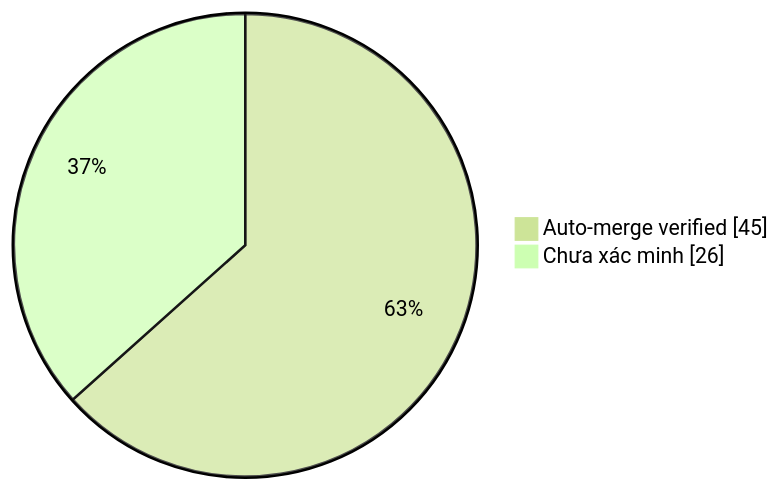
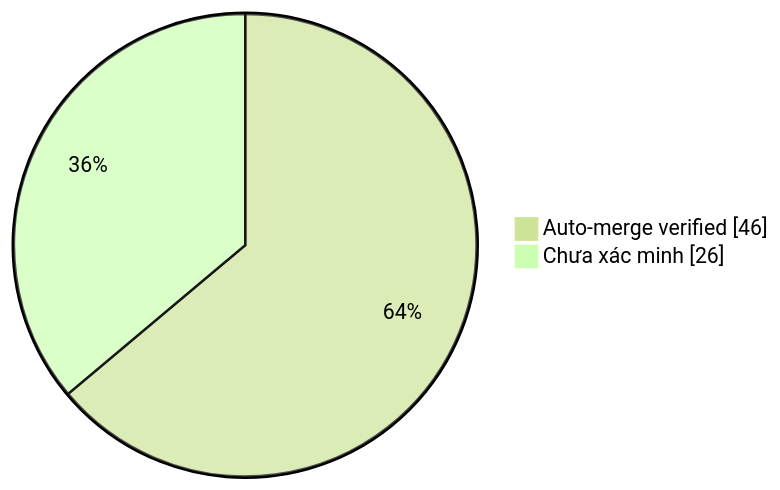
Before and after one commit to duykhang68/tetdinhmuiblog: the diagram in collector.md, drawn with Mermaid (forest theme). The commit also changed other lines of this file and 1 other file, not shown here.

Commit message:
docs(collector): update auto-merge evidence dashboard

````diff
--- a/collector.md
+++ b/collector.md
@@ -22,5 +22,5 @@
 ```mermaid
 pie showData
-    "Auto-merge verified" : 45
+    "Auto-merge verified" : 46
     "Chưa xác minh" : 26
 ```
````
